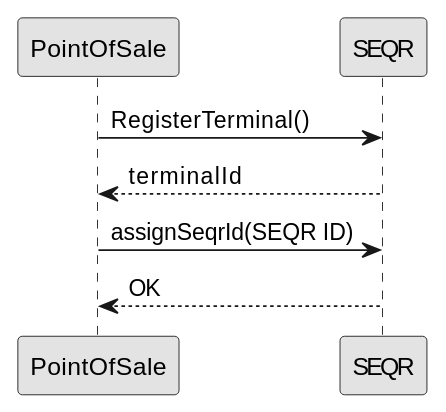
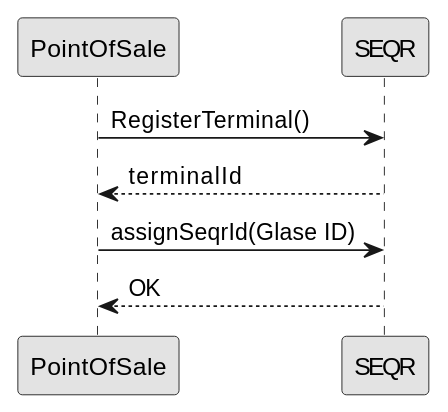
The diagram in merchant/pos/index.md (SeamlessDistribution/SeamlessDistribution.github.io), drawn with PlantUML before and after one commit. The commit also changed other lines of this file and 53 other files, not shown here.

```diff
--- a/merchant/pos/index.md
+++ b/merchant/pos/index.md
@@ -71,7 +71,7 @@
 @startuml
 skinparam monochrome true
 PointOfSale->SEQR:RegisterTerminal()
 SEQR-->PointOfSale: terminalId
-PointOfSale->SEQR: assignSeqrId(SEQR ID)
+PointOfSale->SEQR: assignSeqrId(Glase ID)
 SEQR-->PointOfSale: OK
 @enduml
```
